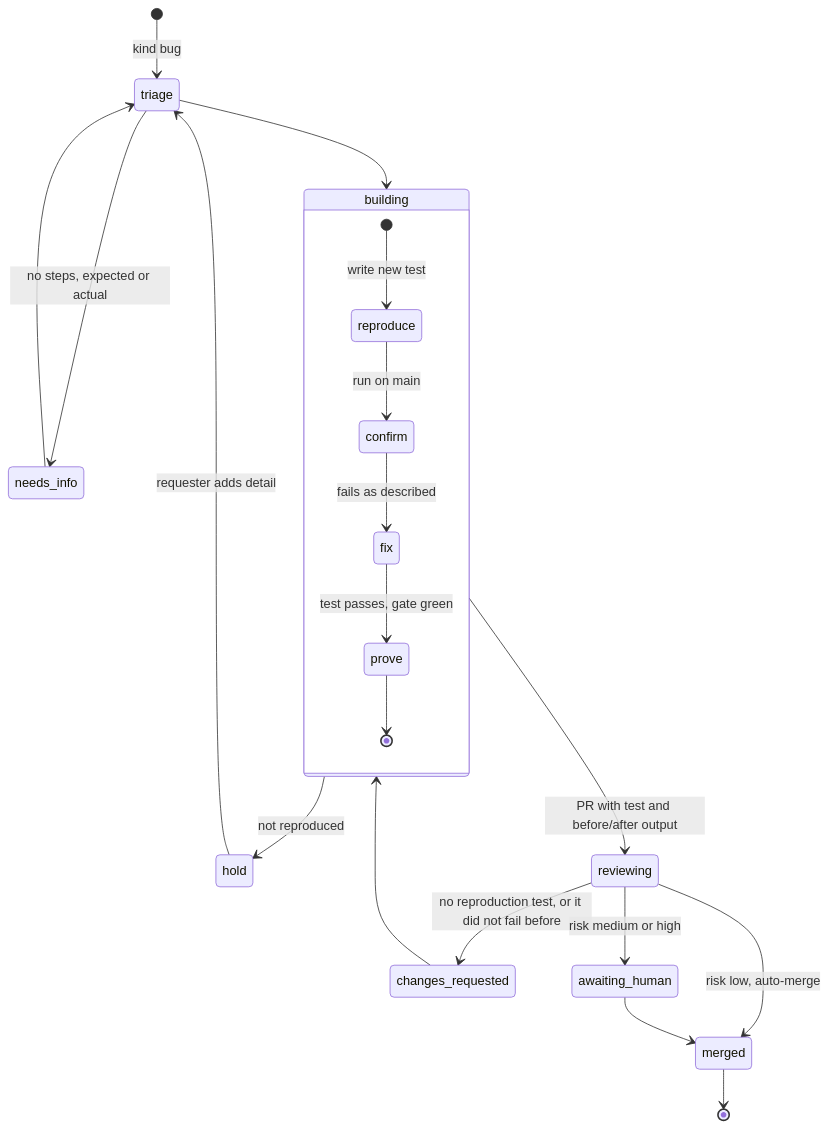
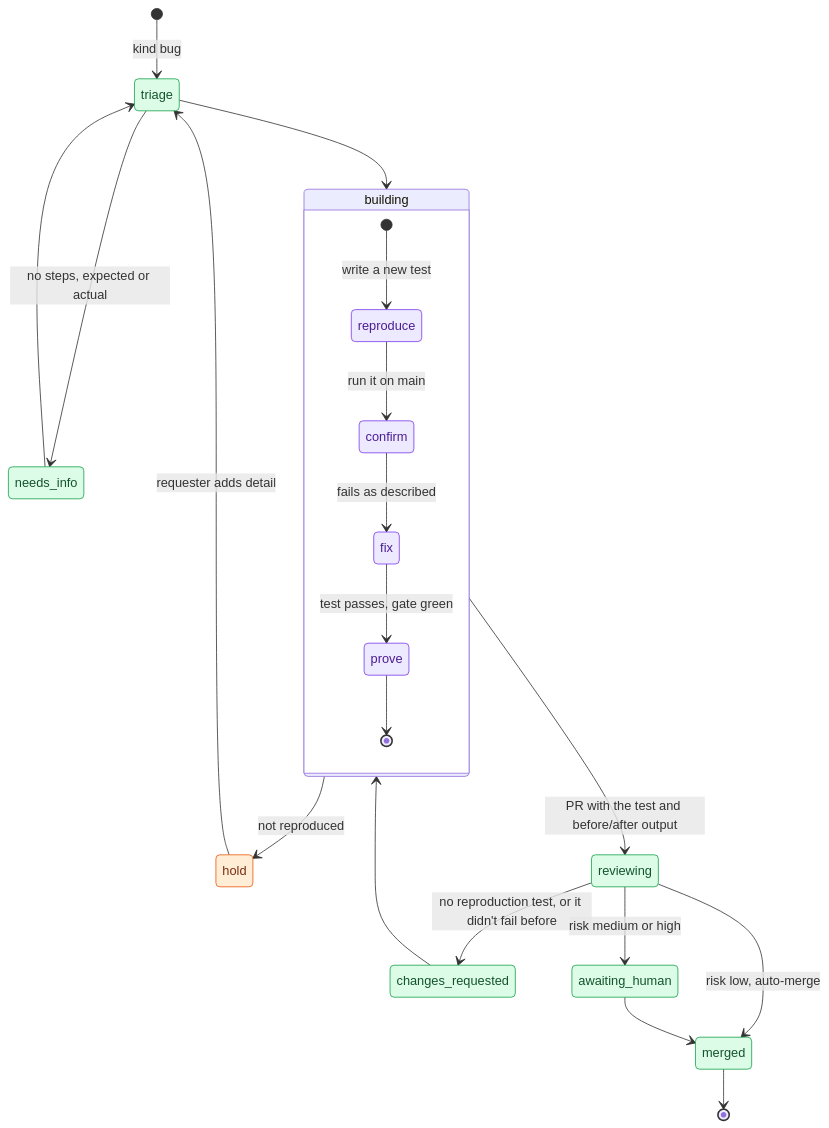
The second of 5 diagrams in docs/01-work-intake/request-kinds.md (icelink-ai/software-factory-manifesto), drawn with Mermaid before and after one commit. The commit also changed other lines of this file and 73 other files, not shown here.

````diff
--- a/docs/01-work-intake/request-kinds.md
+++ b/docs/01-work-intake/request-kinds.md
@@ -90,23 +119,31 @@
 ```mermaid
 stateDiagram-v2
     [*] --> triage: kind bug
     triage --> needs_info: no steps, expected or actual
     needs_info --> triage
     triage --> building
     state building {
-        [*] --> reproduce: write new test
-        reproduce --> confirm: run on main
+        [*] --> reproduce: write a new test
+        reproduce --> confirm: run it on main
         confirm --> fix: fails as described
         fix --> prove: test passes, gate green
         prove --> [*]
     }
     building --> hold: not reproduced
     hold --> triage: requester adds detail
-    building --> reviewing: PR with test and before/after output
-    reviewing --> changes_requested: no reproduction test, or it did not fail before
+    building --> reviewing: PR with the test and before/after output
+    reviewing --> changes_requested: no reproduction test, or it didn't fail before
     changes_requested --> building
     reviewing --> merged: risk low, auto-merge
     reviewing --> awaiting_human: risk medium or high
     awaiting_human --> merged
     merged --> [*]
+    class triage,needs_info,reviewing,changes_requested,awaiting_human,merged state
+    class reproduce,confirm,fix,prove agent
+    class hold stop
+    classDef person fill:#dbeafe,stroke:#2563eb,color:#1e3a8a
+    classDef script fill:#f1f5f9,stroke:#64748b,color:#0f172a
+    classDef agent fill:#ede9fe,stroke:#7c3aed,color:#4c1d95
+    classDef state fill:#dcfce7,stroke:#16a34a,color:#14532d
+    classDef stop fill:#ffedd5,stroke:#ea580c,color:#7c2d12
 ```
````
